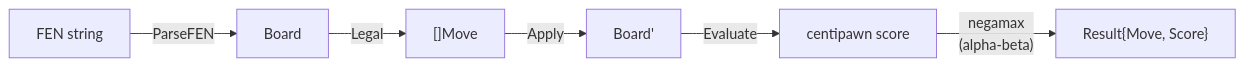
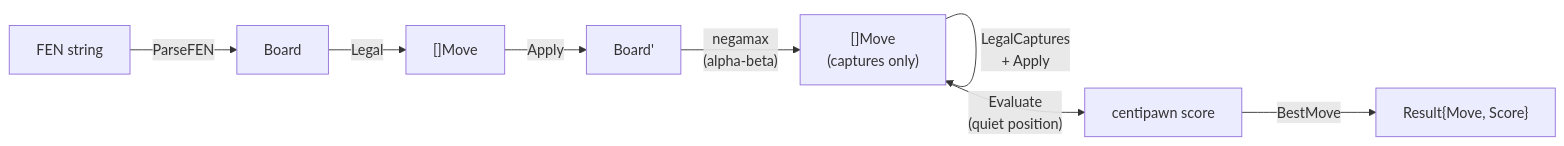
One commit to ofer987/go-chess changed the second of 2 diagrams in ARCHITECTURE.md. Above: the diagram before and after it, drawn with Mermaid. The commit also changed other lines of this file and 4 other files, not shown here.

````diff
--- a/ARCHITECTURE.md
+++ b/ARCHITECTURE.md
@@ -25,15 +25,18 @@
 ```mermaid
 graph LR
     fen["FEN string"]
     brd["Board"]
     legal["[]Move"]
     apply["Board'"]
+    captures["[]Move\n(captures only)"]
     score["centipawn score"]
     result["Result{Move, Score}"]
 
     fen -->|"ParseFEN"| brd
     brd -->|"Legal"| legal
     legal -->|"Apply"| apply
-    apply -->|"Evaluate"| score
-    score -->|"negamax\n(alpha-beta)"| result
+    apply -->|"negamax\n(alpha-beta)"| captures
+    captures -->|"LegalCaptures\n+ Apply"| captures
+    captures -->|"Evaluate\n(quiet position)"| score
+    score -->|"BestMove"| result
 ```
````
